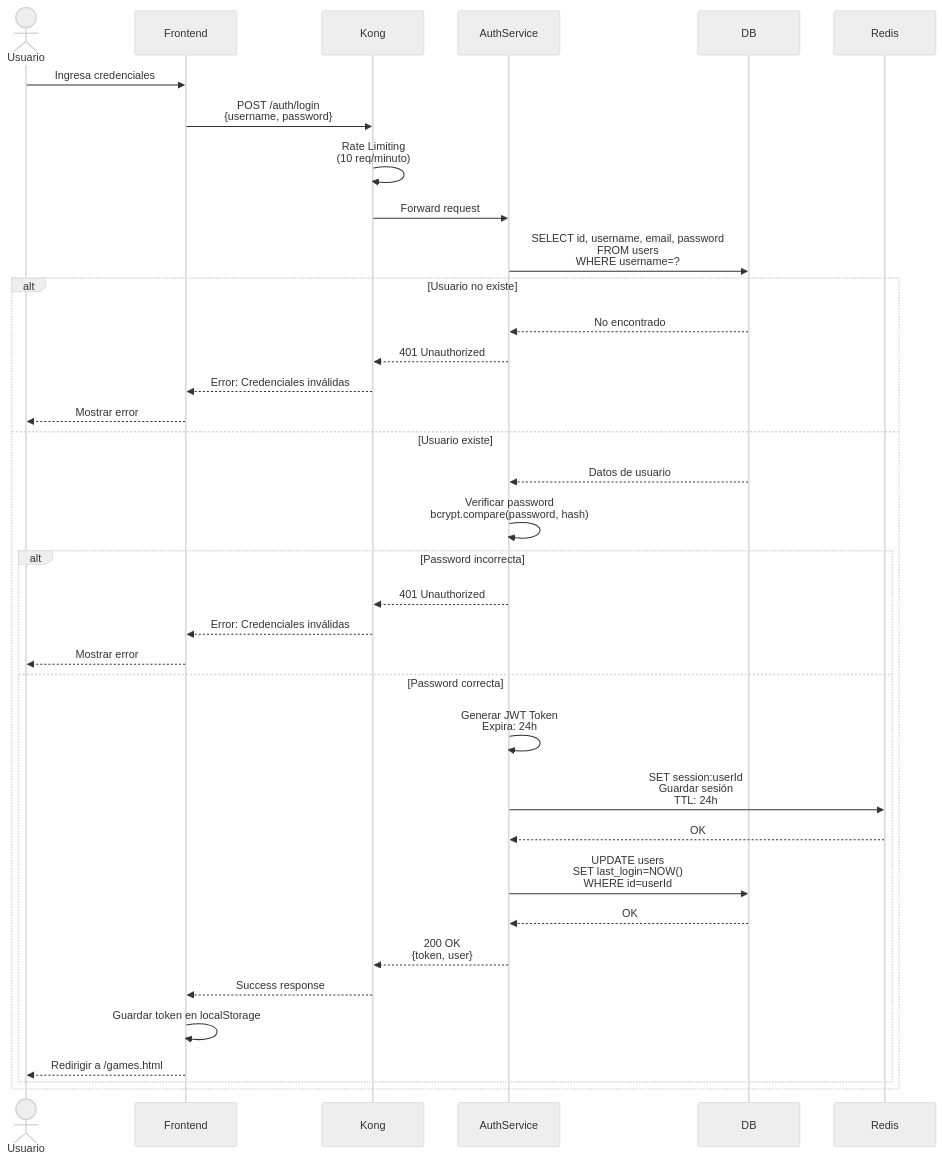
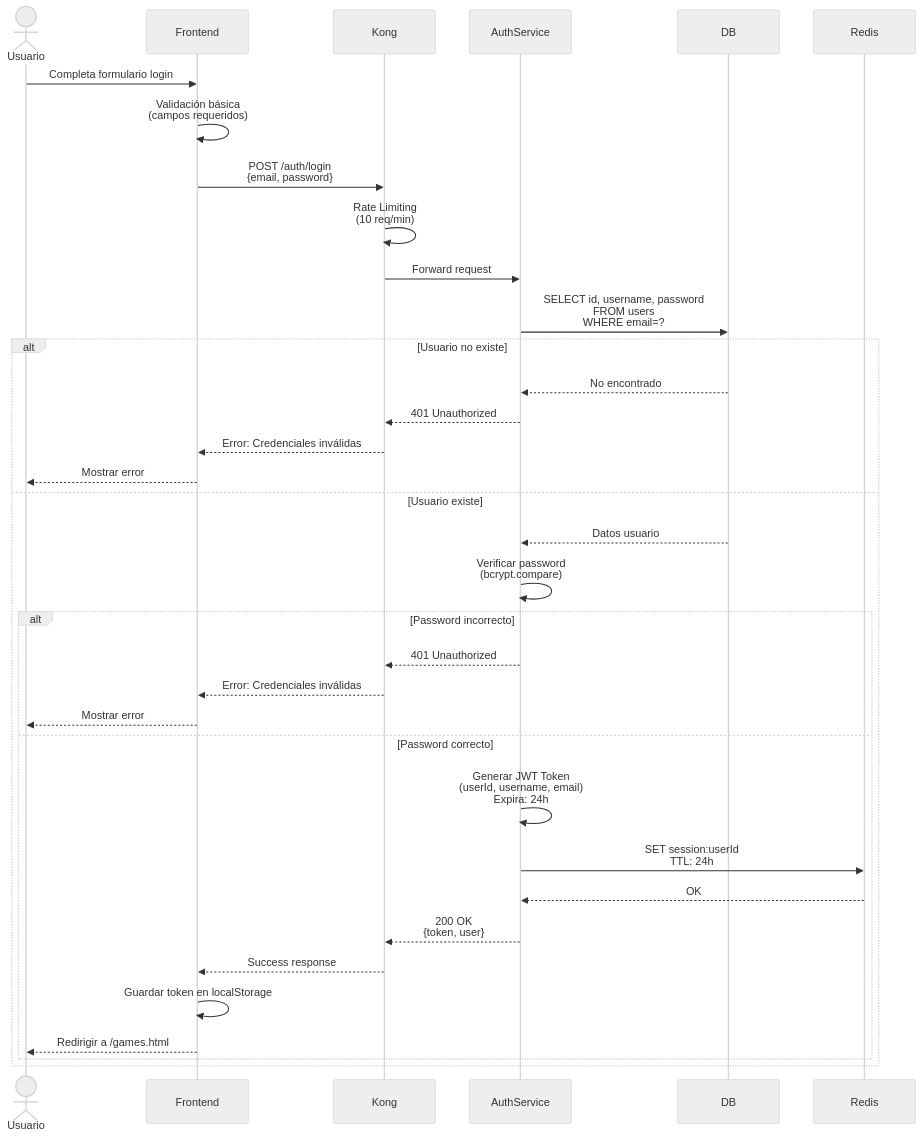
The second of 7 diagrams in sequence-diagrams.mdx (retrogamecloud/docs), drawn with Mermaid (neutral theme) before and after one commit. The commit also changed other lines of this file and 26 other files, not shown here.

````diff
--- a/sequence-diagrams.mdx
+++ b/sequence-diagrams.mdx
@@ -68,50 +67,48 @@
 ```mermaid
 sequenceDiagram
     actor Usuario
     participant Frontend
     participant Kong
     participant AuthService
     participant DB
     participant Redis
 
-    Usuario->>Frontend: Ingresa credenciales
-    Frontend->>Kong: POST /auth/login<br/>{username, password}
+    Usuario->>Frontend: Completa formulario login
+    Frontend->>Frontend: Validación básica<br/>(campos requeridos)
 
-    Kong->>Kong: Rate Limiting<br/>(10 req/minuto)
+    Frontend->>Kong: POST /auth/login<br/>{email, password}
+
+    Kong->>Kong: Rate Limiting<br/>(10 req/min)
 
     Kong->>AuthService: Forward request
 
-    AuthService->>DB: SELECT id, username, email, password<br/>FROM users<br/>WHERE username=?
+    AuthService->>DB: SELECT id, username, password<br/>FROM users<br/>WHERE email=?
 
     alt Usuario no existe
         DB-->>AuthService: No encontrado
         AuthService-->>Kong: 401 Unauthorized
         Kong-->>Frontend: Error: Credenciales inválidas
         Frontend-->>Usuario: Mostrar error
     else Usuario existe
-        DB-->>AuthService: Datos de usuario
+        DB-->>AuthService: Datos usuario
 
-        AuthService->>AuthService: Verificar password<br/>bcrypt.compare(password, hash)
+        AuthService->>AuthService: Verificar password<br/>(bcrypt.compare)
 
-        alt Password incorrecta
+        alt Password incorrecto
             AuthService-->>Kong: 401 Unauthorized
             Kong-->>Frontend: Error: Credenciales inválidas
             Frontend-->>Usuario: Mostrar error
-        else Password correcta
-            AuthService->>AuthService: Generar JWT Token<br/>Expira: 24h
+        else Password correcto
+            AuthService->>AuthService: Generar JWT Token<br/>(userId, username, email)<br/>Expira: 24h
 
-            AuthService->>Redis: SET session:userId<br/>Guardar sesión<br/>TTL: 24h
+            AuthService->>Redis: SET session:userId<br/>TTL: 24h
             Redis-->>AuthService: OK
-
-            AuthService->>DB: UPDATE users<br/>SET last_login=NOW()<br/>WHERE id=userId
-            DB-->>AuthService: OK
 
             AuthService-->>Kong: 200 OK<br/>{token, user}
             Kong-->>Frontend: Success response
 
             Frontend->>Frontend: Guardar token en localStorage
             Frontend-->>Usuario: Redirigir a /games.html
         end
     end
-
 ```
````
